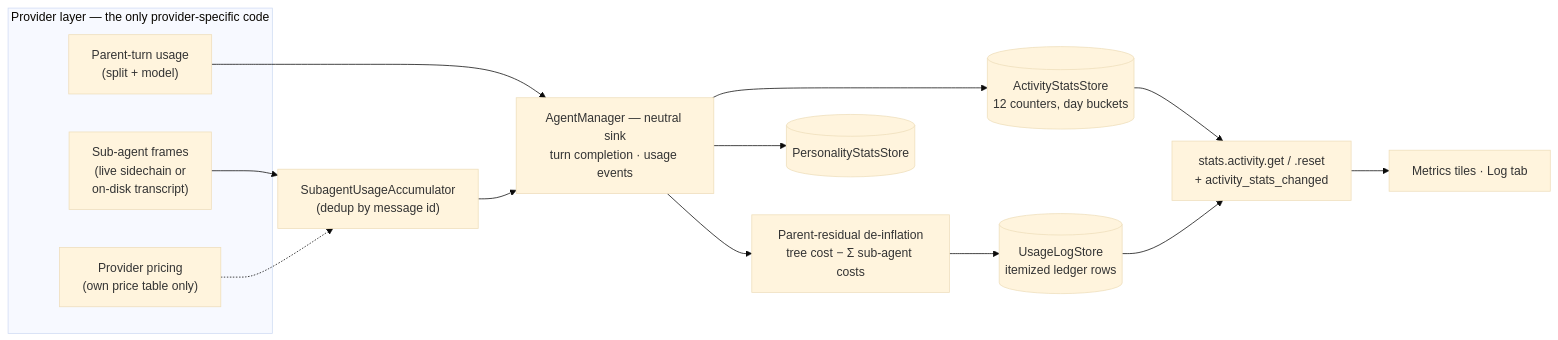
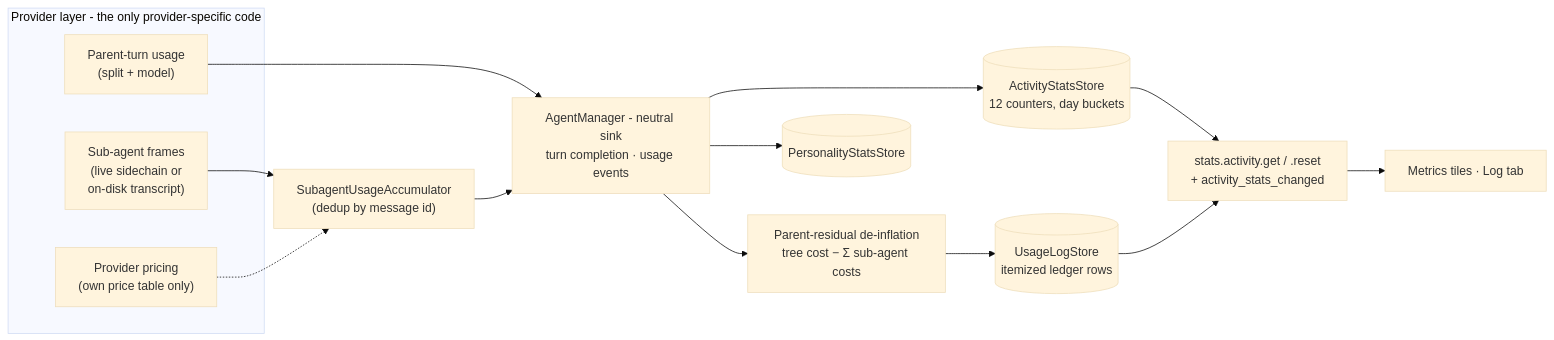
One commit to Draek2077/otto-code changed the first of 2 diagrams in archdocs/pages/05-audit-architecture.adoc. Above: the diagram before and after it, drawn with Mermaid (base theme). The commit also changed other lines of this file and 1623 other files, not shown here.

```diff
--- a/archdocs/pages/05-audit-architecture.adoc
+++ b/archdocs/pages/05-audit-architecture.adoc
@@ -46,27 +46,27 @@
 [mermaid]
 ----
 flowchart LR
-  subgraph prov [Provider layer — the only provider-specific code]
+  subgraph prov [Provider layer - the only provider-specific code]
     PT["Parent-turn usage<br/>(split + model)"]
     SUB["Sub-agent frames<br/>(live sidechain or<br/>on-disk transcript)"]
     PRICE["Provider pricing<br/>(own price table only)"]
   end
   ACC["SubagentUsageAccumulator<br/>(dedup by message id)"]
-  AM["AgentManager — neutral sink<br/>turn completion · usage events"]
+  AM["AgentManager - neutral sink<br/>turn completion · usage events"]
   DEINF["Parent-residual de-inflation<br/>tree cost − Σ sub-agent costs"]
   ASS[("ActivityStatsStore<br/>12 counters, day buckets")]
   ULS[("UsageLogStore<br/>itemized ledger rows")]
   PSS[("PersonalityStatsStore")]
   RPC["stats.activity.get / .reset<br/>+ activity_stats_changed"]
   UI["Metrics tiles · Log tab"]
   PT --> AM
   SUB --> ACC
   PRICE -.-> ACC
   ACC --> AM
   AM --> DEINF --> ULS
   AM --> ASS
   AM --> PSS
   ASS --> RPC
   ULS --> RPC
   RPC --> UI
 ----
```
